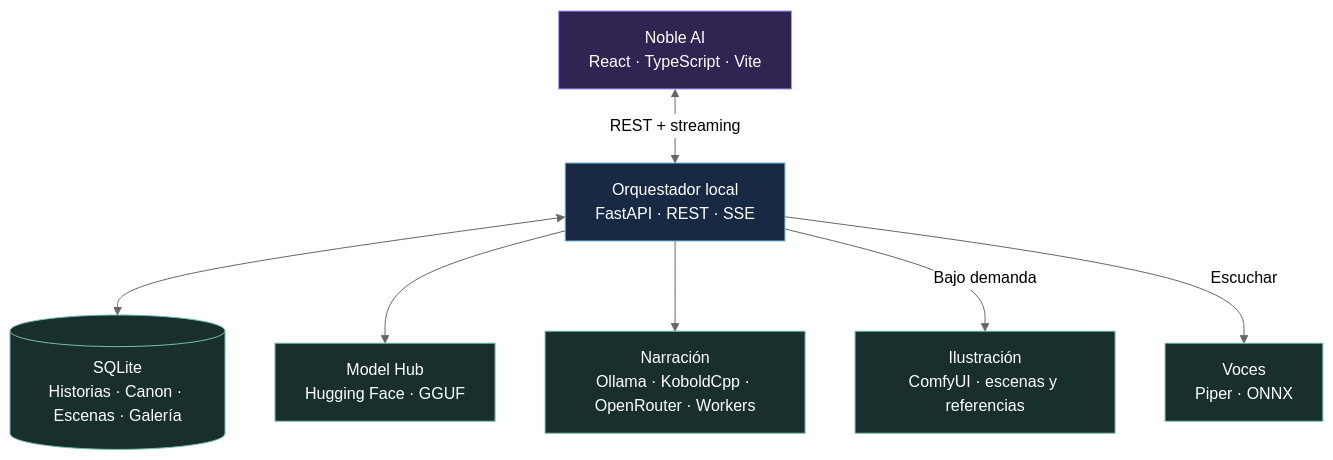
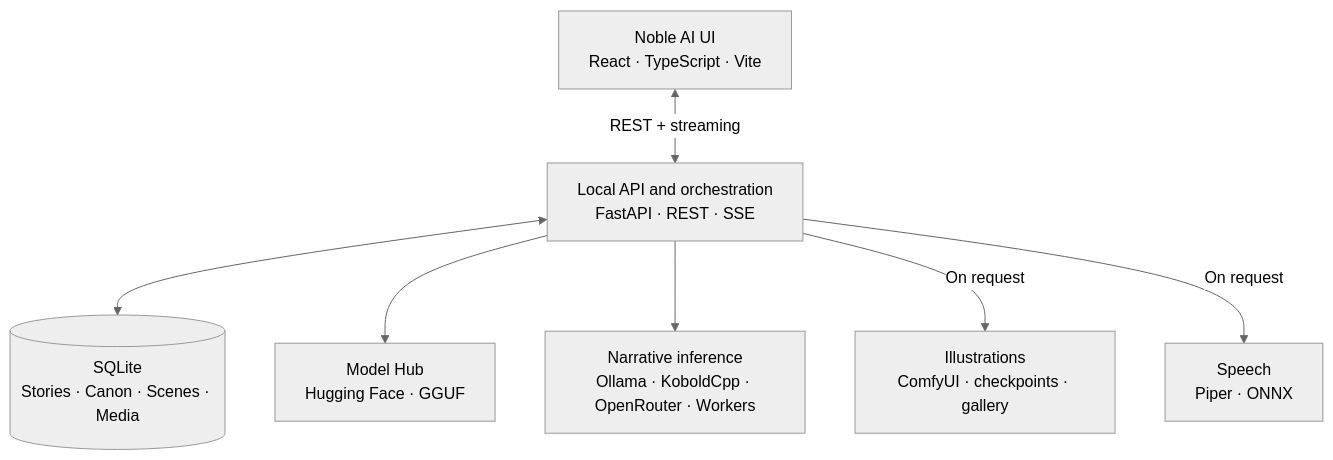
The diagram in README.md (Mairon31/novel_ai), drawn with Mermaid (neutral theme) before and after one commit. The commit also changed other lines of this file and 4 other files, not shown here.

````diff
--- a/README.md
+++ b/README.md
@@ -75,22 +136,16 @@
 ```mermaid
 flowchart TB
-    UI["Noble AI<br/>React · TypeScript · Vite"]
-    API["Orquestador local<br/>FastAPI · REST · SSE"]
-    DB[("SQLite<br/>Historias · Canon · Escenas · Galería")]
-    HF["Model Hub<br/>Hugging Face · GGUF"]
-    LLM["Narración<br/>Ollama · KoboldCpp · OpenRouter · Workers"]
-    IMG["Ilustración<br/>ComfyUI · escenas y referencias"]
-    TTS["Voces<br/>Piper · ONNX"]
+    UI["Noble AI UI<br/>React · TypeScript · Vite"]
+    API["Local API and orchestration<br/>FastAPI · REST · SSE"]
+    DB[("SQLite<br/>Stories · Canon · Scenes · Media")]
+    HUB["Model Hub<br/>Hugging Face · GGUF"]
+    LLM["Narrative inference<br/>Ollama · KoboldCpp · OpenRouter · Workers"]
+    IMG["Illustrations<br/>ComfyUI · checkpoints · gallery"]
+    TTS["Speech<br/>Piper · ONNX"]
     UI <-->|"REST + streaming"| API
     API <--> DB
-    API --> HF
+    API --> HUB
     API --> LLM
-    API -->|"Bajo demanda"| IMG
-    API -->|"Escuchar"| TTS
-    classDef ui fill:#302452,stroke:#a993ff,color:#fff
-    classDef api fill:#182a43,stroke:#6fbbdd,color:#fff
-    classDef data fill:#182f2e,stroke:#73c0ad,color:#fff
-    class UI ui
-    class API api
-    class DB,HF,LLM,IMG,TTS data
+    API -->|"On request"| IMG
+    API -->|"On request"| TTS
 ```
````
